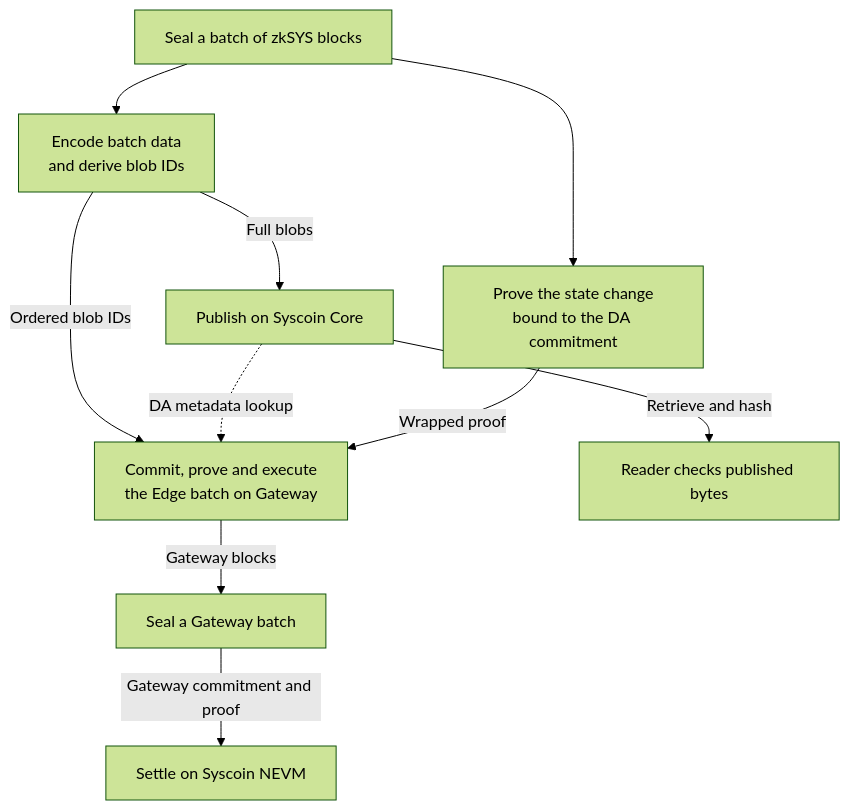
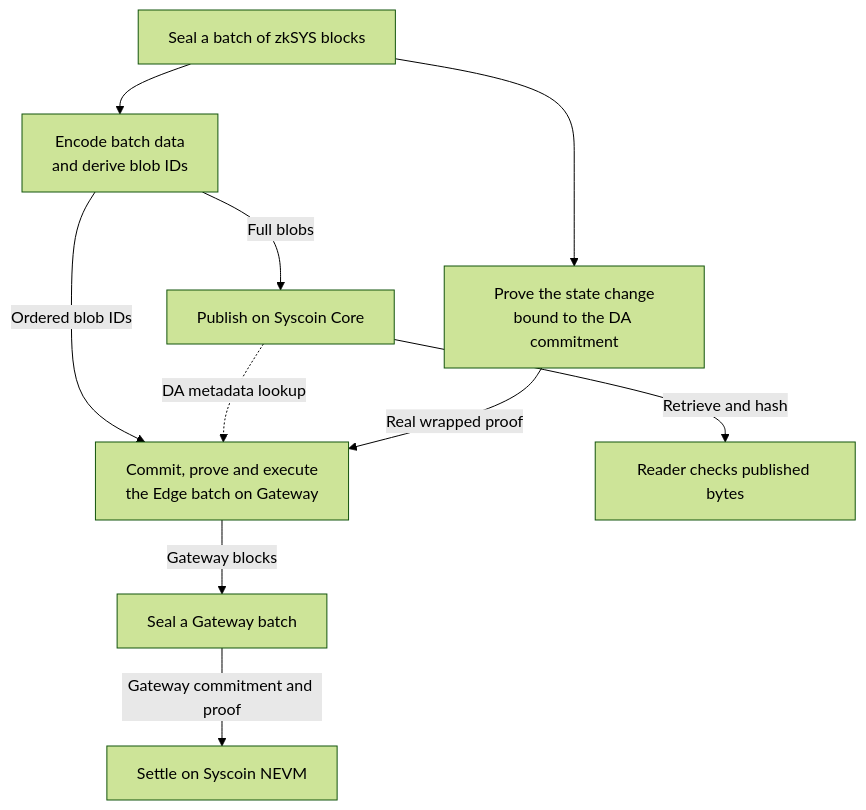
Before and after one commit to syscoin/sys-docs: the first of 2 diagrams in docs/architecture/zksys.mdx, drawn with Mermaid (forest theme). The commit also changed other lines of this file and 22 other files, not shown here.

````diff
--- a/docs/architecture/zksys.mdx
+++ b/docs/architecture/zksys.mdx
@@ -33,14 +33,14 @@
 ```mermaid
 flowchart TB
-    accTitle: Follow the bytes, the proof and the two settlements
+    accTitle: Real-proof zkSYS design — follow the bytes, proof and two settlements
     accDescr: The batcher publishes full blobs to Core and puts their ordered IDs in the Edge commit on Gateway. Gateway checks a DA metadata lookup and the wrapped proof. The Gateway block containing Edge batch execution belongs to a Gateway batch that settles on NEVM.
     Batch["Seal a batch of zkSYS blocks"] --> Encode["Encode batch data<br/>and derive blob IDs"]
     Encode -->|Full blobs| Core["Publish on Syscoin Core"]
     Encode -->|Ordered blob IDs| Gateway["Commit, prove and execute<br/>the Edge batch on Gateway"]
     Core -.->|DA metadata lookup| Gateway
     Batch --> Prove["Prove the state change<br/>bound to the DA commitment"]
-    Prove -->|Wrapped proof| Gateway
+    Prove -->|Real wrapped proof| Gateway
     Core -->|Retrieve and hash| Reader["Reader checks published bytes"]
     Gateway -->|Gateway blocks| GBatch["Seal a Gateway batch"]
     GBatch -->|Gateway commitment and proof| NEVM["Settle on Syscoin NEVM"]
 ```
````
